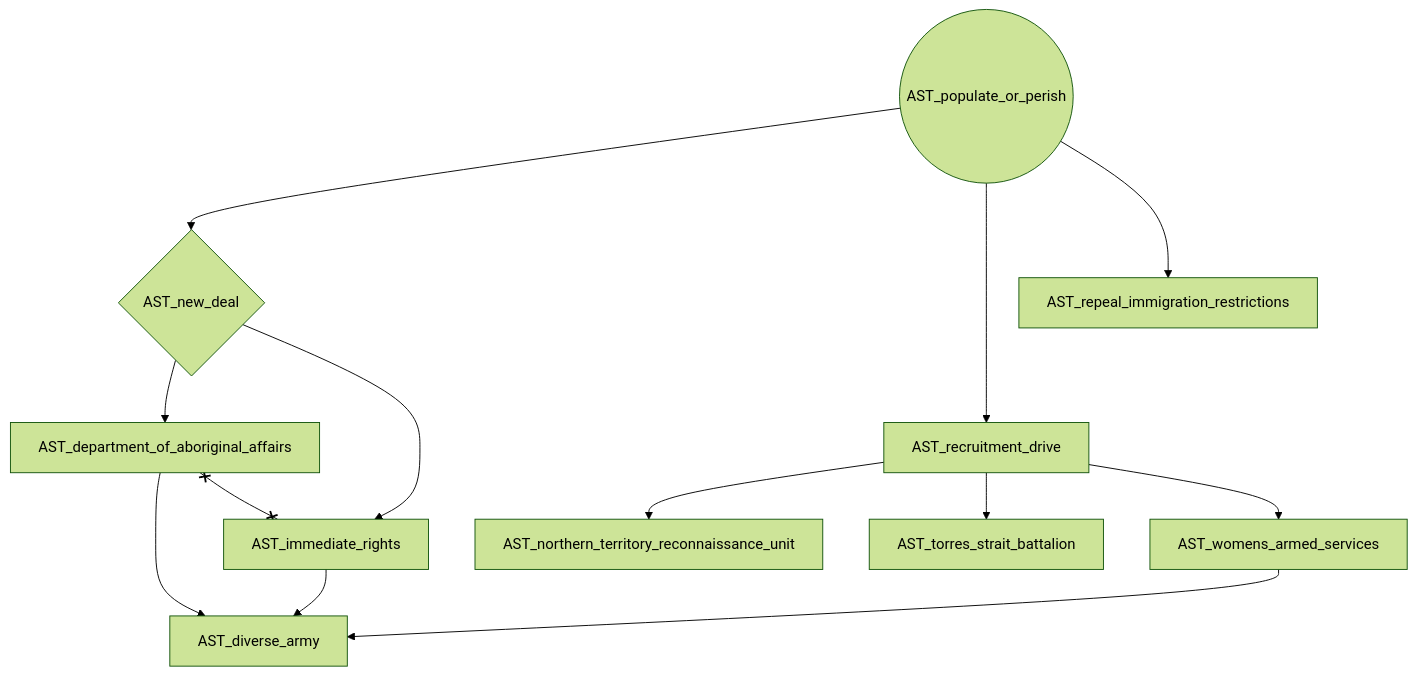
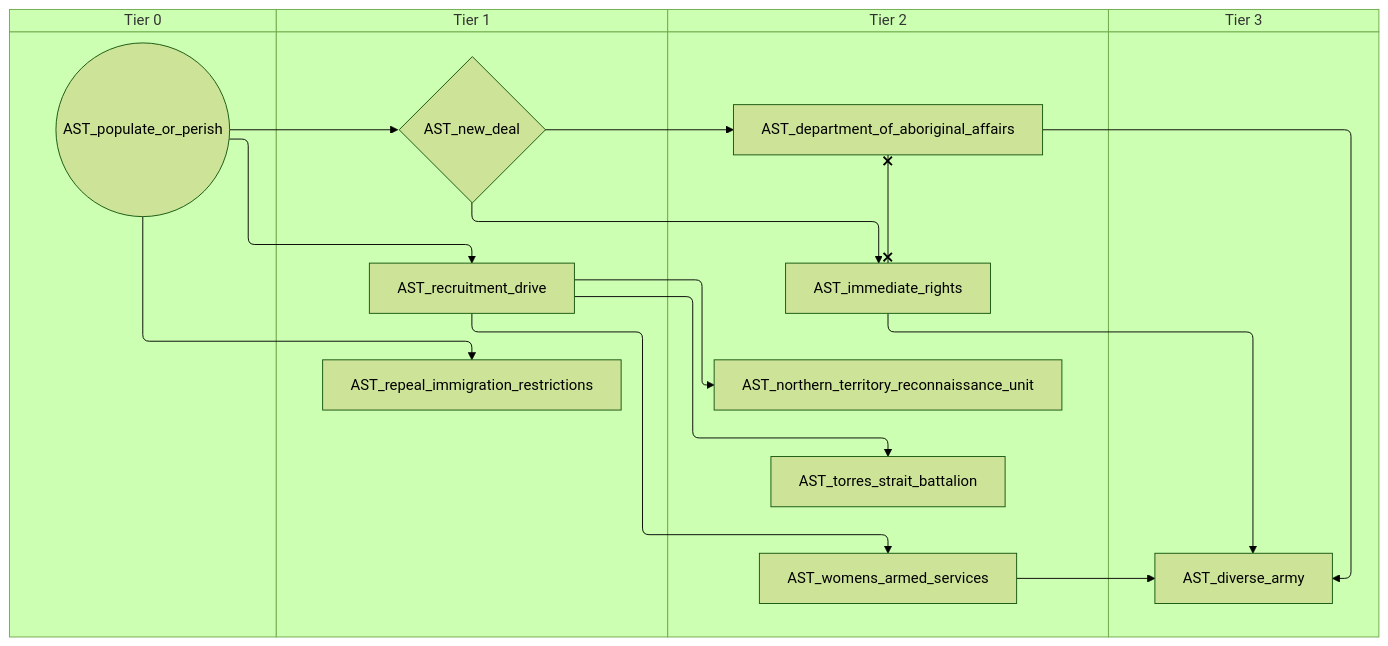
The tenth of 15 diagrams in docs/gdd/National Focuses/australia_taog.md (evgeny-sobol/hoi4-sandbox-mode), drawn with Mermaid (forest theme) before and after one commit. The commit also changed other lines of this file and 80 other files, not shown here.

First line of the commit message:
Add swimlane mode to focus graph exporter

````diff
--- a/docs/gdd/National Focuses/australia_taog.md
+++ b/docs/gdd/National Focuses/australia_taog.md
@@ -548,25 +646,33 @@
 ```mermaid
-flowchart TD
-    n192["AST_department_of_aboriginal_affairs"]
-    n193["AST_diverse_army"]
-    n194["AST_immediate_rights"]
-    n195{"AST_new_deal"}
-    n196["AST_northern_territory_reconnaissance_unit"]
-    n197(("AST_populate_or_perish"))
-    n198["AST_recruitment_drive"]
-    n199["AST_repeal_immigration_restrictions"]
-    n200["AST_torres_strait_battalion"]
-    n201["AST_womens_armed_services"]
-    n195 --> n192
-    n201 --> n193
+swimlane-beta TD
+    subgraph tier_0["Tier 0"]
+        n192(("AST_populate_or_perish"))
+    end
+    subgraph tier_1["Tier 1"]
+        n193{"AST_new_deal"}
+        n194["AST_recruitment_drive"]
+        n195["AST_repeal_immigration_restrictions"]
+    end
+    subgraph tier_2["Tier 2"]
+        n196["AST_department_of_aboriginal_affairs"]
+        n197["AST_immediate_rights"]
+        n198["AST_northern_territory_reconnaissance_unit"]
+        n199["AST_torres_strait_battalion"]
+        n200["AST_womens_armed_services"]
+    end
+    subgraph tier_3["Tier 3"]
+        n201["AST_diverse_army"]
+    end
+    n193 --> n196
+    n200 --> n201
+    n196 --> n201
+    n197 --> n201
+    n193 --> n197
     n192 --> n193
-    n194 --> n193
-    n195 --> n194
-    n197 --> n195
-    n198 --> n196
-    n197 --> n198
-    n197 --> n199
-    n198 --> n200
-    n198 --> n201
-    n192 x--x n194
+    n194 --> n198
+    n192 --> n194
+    n192 --> n195
+    n194 --> n199
+    n194 --> n200
+    n196 x--x n197
 ```
````
